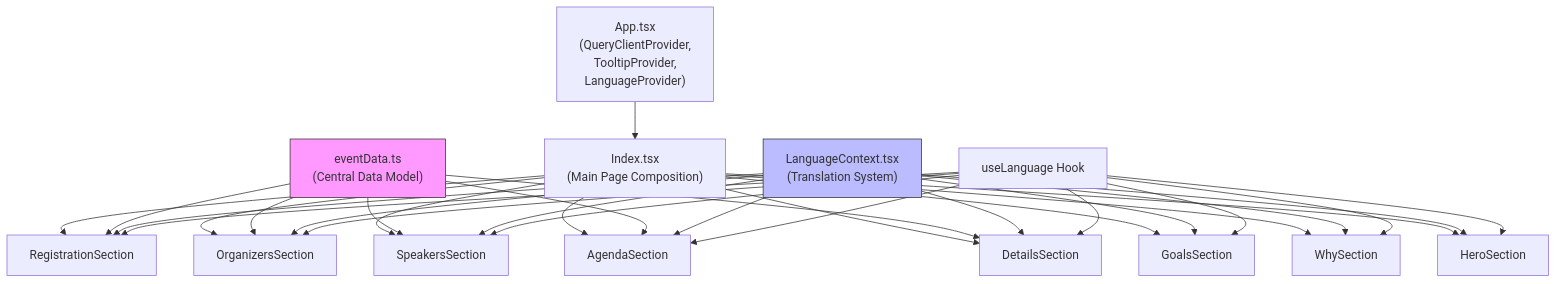
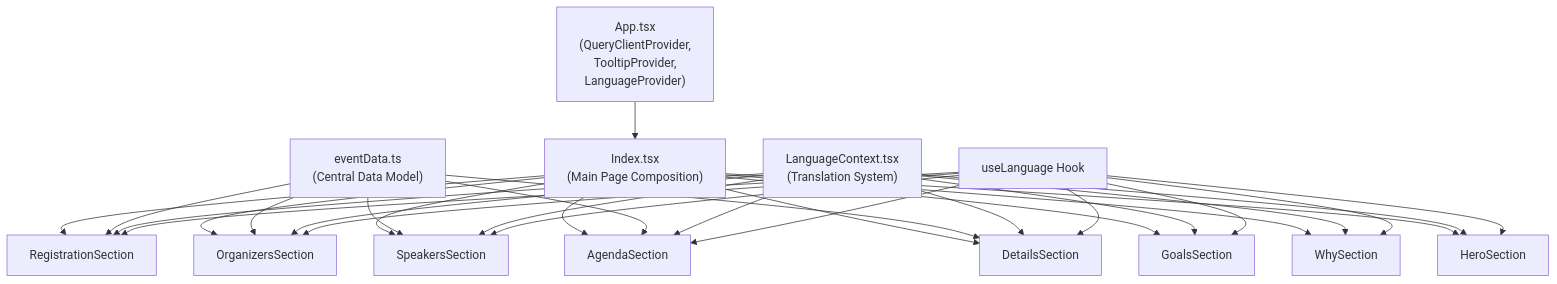
Before and after one commit to mohjak/sc-dof: the third of 5 diagrams in .qoder/repowiki/en/content/Data Management/Data Management.md, drawn with Mermaid. The commit also changed other lines of this file and 68 other files, not shown here.

First line of the commit message:
docs(docs): update component architecture docs with markdown formatting fixes

````diff
--- a/.qoder/repowiki/en/content/Data Management/Data Management.md
+++ b/.qoder/repowiki/en/content/Data Management/Data Management.md
@@ -152,35 +150,33 @@
 ```mermaid
 flowchart TD
 A["App.tsx\n(QueryClientProvider,\nTooltipProvider,\nLanguageProvider)"] --> B["Index.tsx\n(Main Page Composition)"]
 B --> C["HeroSection"]
 B --> D["WhySection"]
 B --> E["GoalsSection"]
 B --> F["DetailsSection"]
 B --> G["AgendaSection"]
 B --> H["SpeakersSection"]
 B --> I["OrganizersSection"]
 B --> J["RegistrationSection"]
 K["eventData.ts\n(Central Data Model)"] --> F
 K --> G
 K --> H
 K --> I
 K --> J
 L["LanguageContext.tsx\n(Translation System)"] --> C
 L --> D
 L --> E
 L --> F
 L --> G
 L --> H
 L --> I
 L --> J
 M["useLanguage Hook"] --> C
 M --> D
 M --> E
 M --> F
 M --> G
 M --> H
 M --> I
 M --> J
-style K fill:#f9f,stroke:#333
-style L fill:#bbf,stroke:#333
 ```
````
